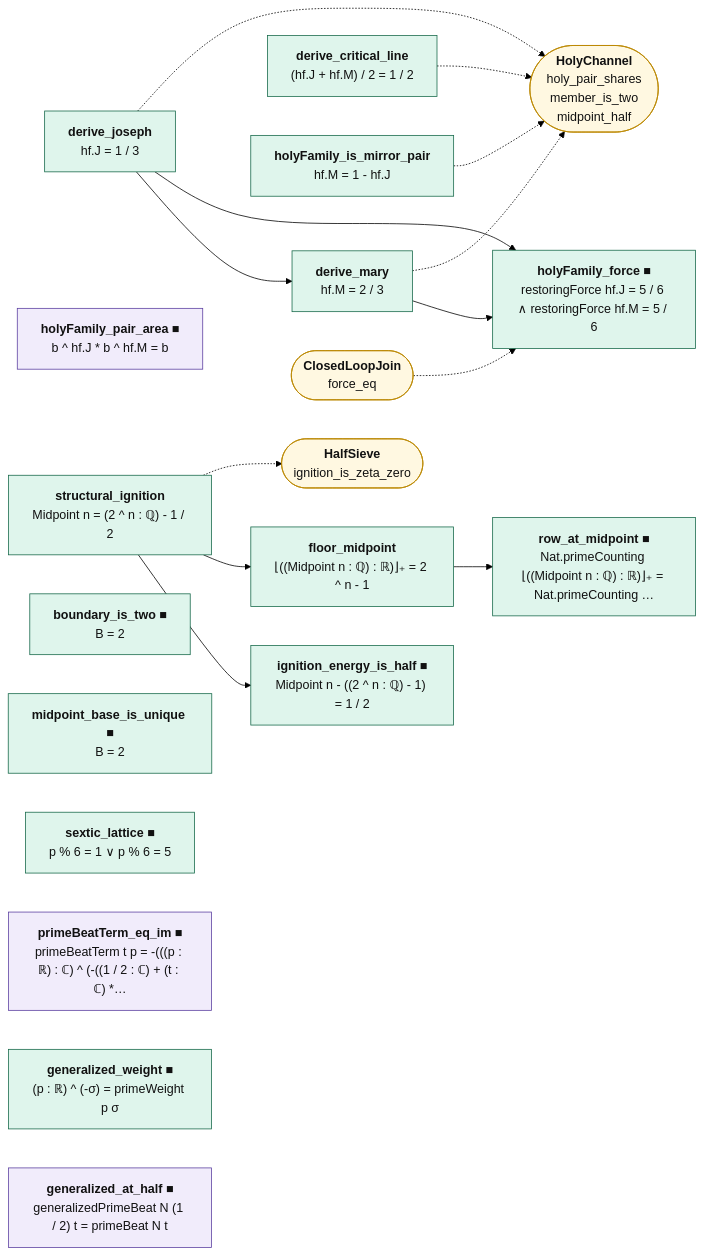
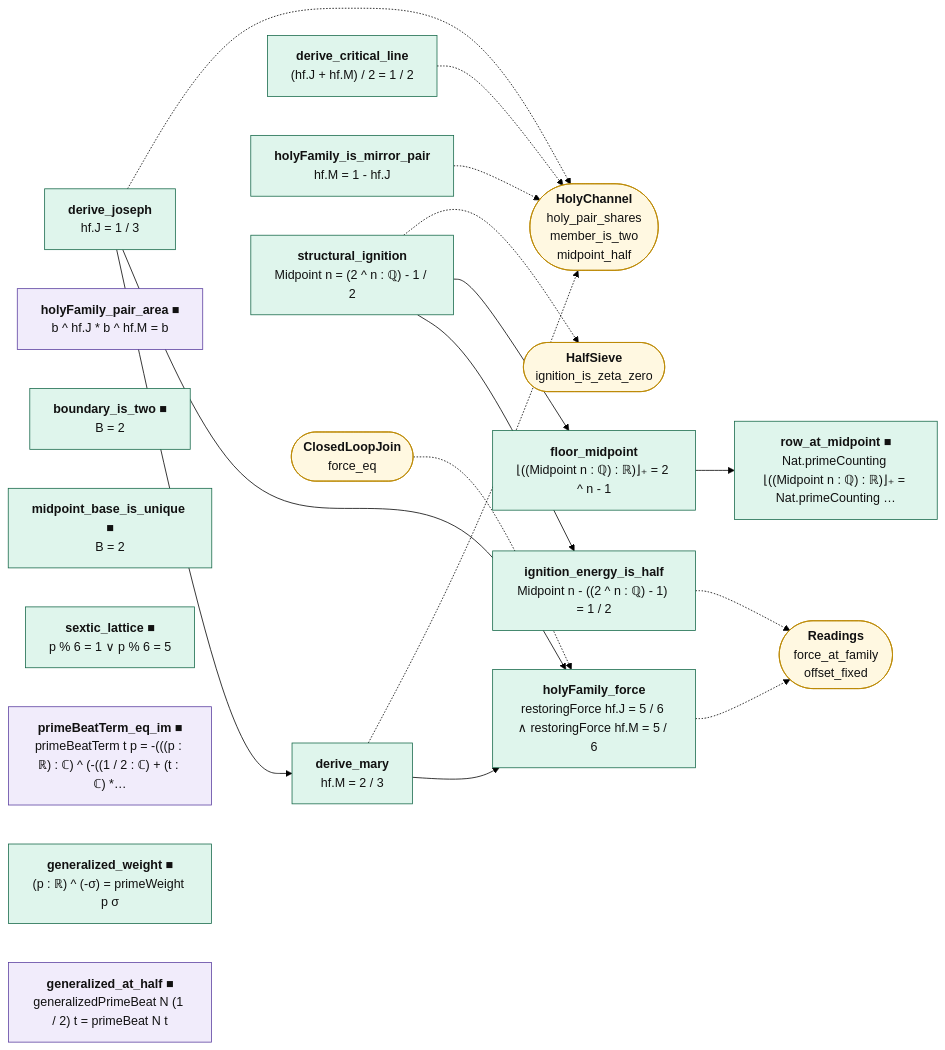
The diagram in map/lean_stage3/ClosedLoopChain.mmd (juliansambranojr/Primebeat_081426), drawn with Mermaid (forest theme) before and after one commit. The commit also changed 29 other files, not shown here.

```diff
--- a/map/lean_stage3/ClosedLoopChain.mmd
+++ b/map/lean_stage3/ClosedLoopChain.mmd
@@ -1,40 +1,43 @@
 flowchart LR
   n0["<b>derive_joseph</b><br/>hf.J = 1 / 3"]:::cnt
   n1["<b>derive_mary</b><br/>hf.M = 2 / 3"]:::cnt
   n2["<b>derive_critical_line</b><br/>(hf.J + hf.M) / 2 = 1 / 2"]:::cnt
   n3["<b>holyFamily_is_mirror_pair</b><br/>hf.M = 1 - hf.J"]:::cnt
   n4["<b>holyFamily_pair_area ■</b><br/>b ^ hf.J * b ^ hf.M = b"]:::shp
-  n5["<b>holyFamily_force ■</b><br/>restoringForce hf.J = 5 / 6 ∧ restoringForce hf.M = 5 / 6"]:::cnt
+  n5["<b>holyFamily_force</b><br/>restoringForce hf.J = 5 / 6 ∧ restoringForce hf.M = 5 / 6"]:::cnt
   n6["<b>structural_ignition</b><br/>Midpoint n = (2 ^ n : ℚ) - 1 / 2"]:::cnt
-  n7["<b>ignition_energy_is_half ■</b><br/>Midpoint n - ((2 ^ n : ℚ) - 1) = 1 / 2"]:::cnt
+  n7["<b>ignition_energy_is_half</b><br/>Midpoint n - ((2 ^ n : ℚ) - 1) = 1 / 2"]:::cnt
   n8["<b>floor_midpoint</b><br/>⌊((Midpoint n : ℚ) : ℝ)⌋₊ = 2 ^ n - 1"]:::cnt
   n9["<b>row_at_midpoint ■</b><br/>Nat.primeCounting ⌊((Midpoint n : ℚ) : ℝ)⌋₊ = Nat.primeCounting …"]:::cnt
   n10["<b>boundary_is_two ■</b><br/>B = 2"]:::cnt
   n11["<b>midpoint_base_is_unique ■</b><br/>B = 2"]:::cnt
   n12["<b>sextic_lattice ■</b><br/>p % 6 = 1 ∨ p % 6 = 5"]:::cnt
   n13["<b>primeBeatTerm_eq_im ■</b><br/>primeBeatTerm t p = -(((p : ℝ) : ℂ) ^ (-((1 / 2 : ℂ) + (t : ℂ) *…"]:::shp
   n14["<b>generalized_weight ■</b><br/>(p : ℝ) ^ (-σ) = primeWeight p σ"]:::cnt
   n15["<b>generalized_at_half ■</b><br/>generalizedPrimeBeat N (1 / 2) t = primeBeat N t"]:::shp
   x0(["<b>HolyChannel</b><br/>holy_pair_shares<br/>member_is_two<br/>midpoint_half"]):::ext
   x1(["<b>ClosedLoopJoin</b><br/>force_eq"]):::ext
-  x2(["<b>HalfSieve</b><br/>ignition_is_zeta_zero"]):::ext
+  x2(["<b>Readings</b><br/>force_at_family<br/>offset_fixed"]):::ext
+  x3(["<b>HalfSieve</b><br/>ignition_is_zeta_zero"]):::ext
   n0 --> n1
   n0 --> n5
   n1 --> n5
   n6 --> n7
   n6 --> n8
   n8 --> n9
   n0 -.-> x0
   n1 -.-> x0
   n2 -.-> x0
   n3 -.-> x0
-  n6 -.-> x2
+  n5 -.-> x2
+  n6 -.-> x3
+  n7 -.-> x2
   x1 -.-> n5
   classDef cnt fill:#dff5ec,stroke:#17694a,color:#111
   classDef shp fill:#f1ecfb,stroke:#5b3fa0,color:#111
   classDef rh fill:#ffe5e5,stroke:#c22,color:#111,stroke-width:2px
   classDef thm fill:#eef4ff,stroke:#335,color:#111
   classDef end_ fill:#e7f7e7,stroke:#2a7,color:#111,stroke-width:2px
   classDef lone fill:#fff,stroke:#999,color:#111,stroke-dasharray:4 3
   classDef bad fill:#ffe5e5,stroke:#c22,color:#111,stroke-width:2px
   classDef ext fill:#fff8e1,stroke:#b80,color:#111
```
